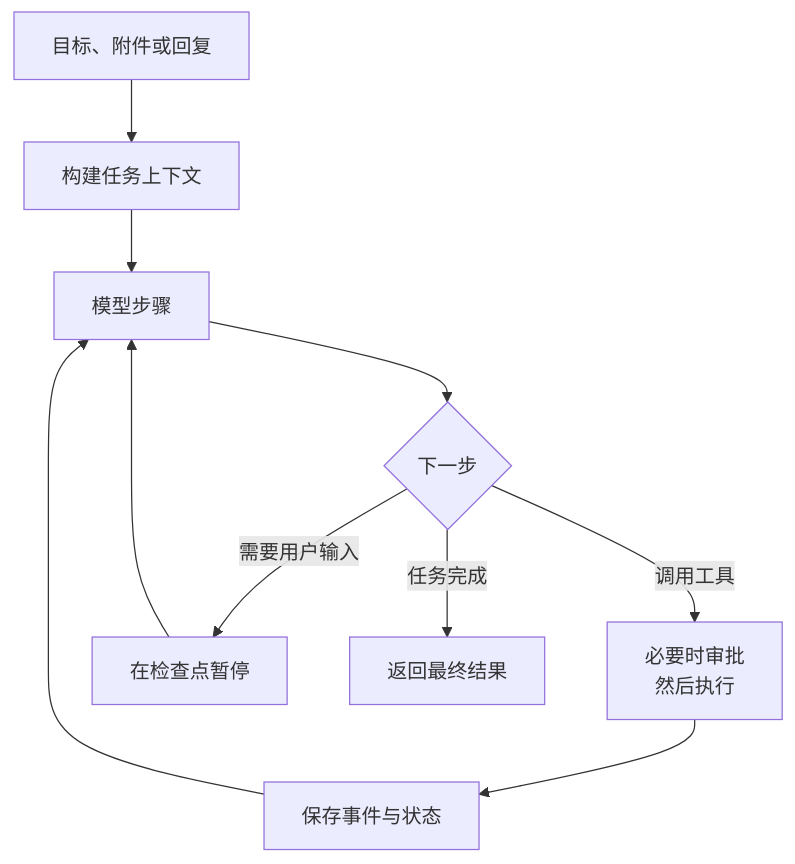
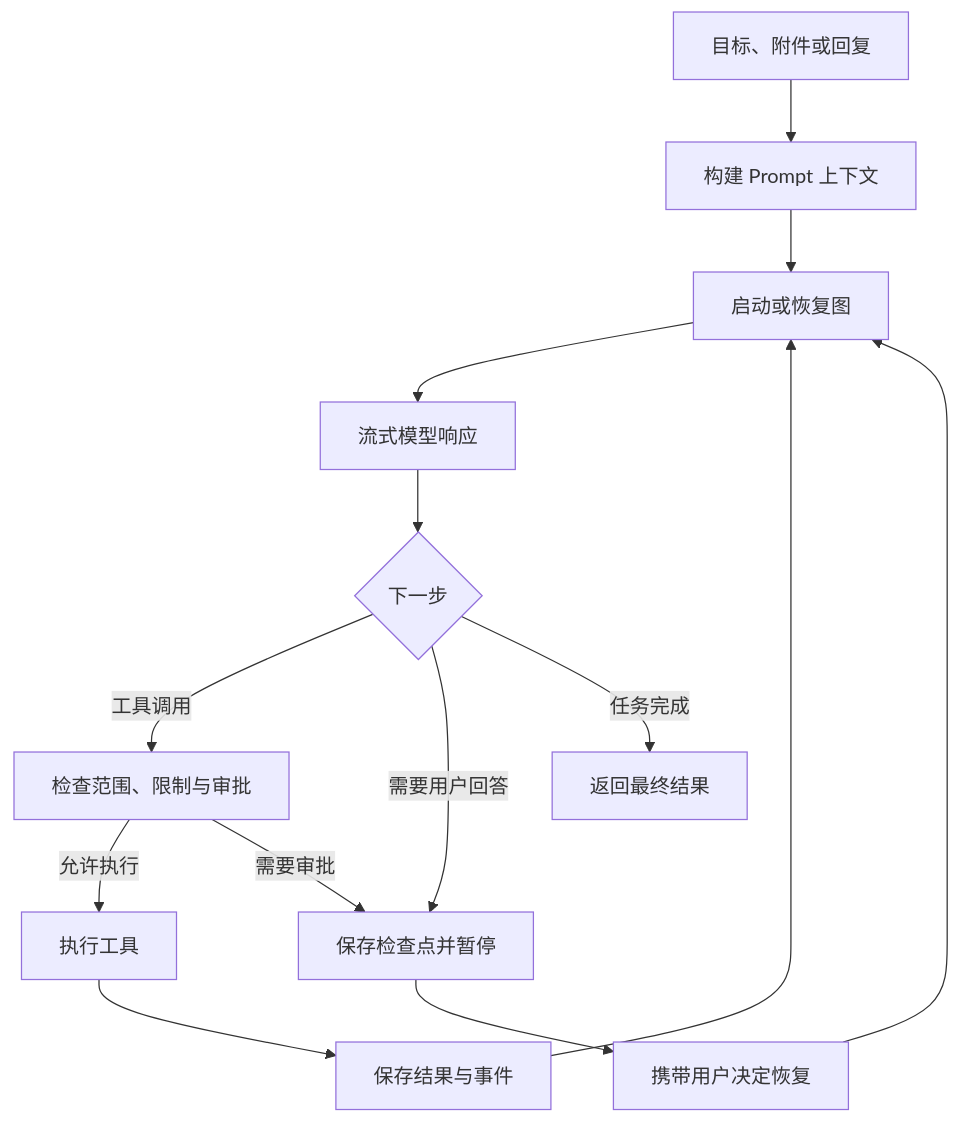
The second of 5 diagrams in README.zh.md (chuanchuan123321/JCodex), drawn with Mermaid before and after one commit. The commit also changed other lines of this file and 1 other file, not shown here.

First line of the commit message:
完善产品展示与架构说明 / Expand product showcase and architecture

````diff
--- a/README.zh.md
+++ b/README.zh.md
@@ -84,12 +112,16 @@
 ```mermaid
 flowchart TD
-    Input["目标、附件或回复"] --> Context["构建任务上下文"]
-    Context --> Model["模型步骤"]
-    Model --> Next{"下一步"}
-    Next -->|调用工具| Execute["必要时审批<br/>然后执行"]
-    Execute --> Save["保存事件与状态"]
-    Save --> Model
-    Next -->|需要用户输入| Pause["在检查点暂停"]
-    Pause --> Model
-    Next -->|任务完成| Result["返回最终结果"]
+    Request["目标、附件或回复"] --> Context["构建 Prompt 上下文"]
+    Context --> Graph["启动或恢复图"]
+    Graph --> Model["流式模型响应"]
+    Model --> Decision{"下一步"}
+    Decision -->|工具调用| Guard["检查范围、限制与审批"]
+    Guard -->|允许执行| Tool["执行工具"]
+    Tool --> Persist["保存结果与事件"]
+    Persist --> Graph
+    Guard -->|需要审批| Interrupt["保存检查点并暂停"]
+    Decision -->|需要用户回答| Interrupt
+    Interrupt --> Resume["携带用户决定恢复"]
+    Resume --> Graph
+    Decision -->|任务完成| Final["返回最终结果"]
 ```
````
